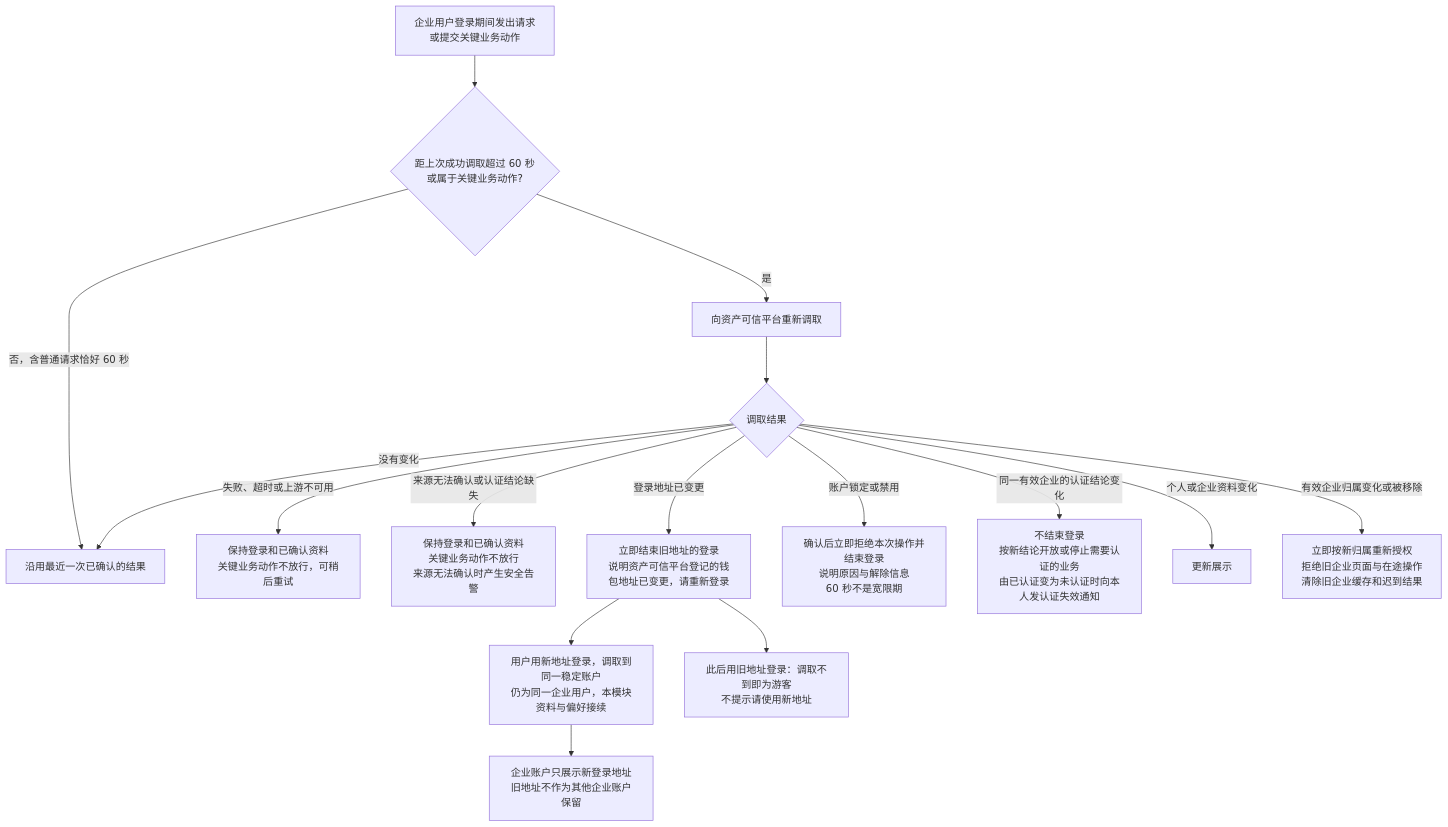
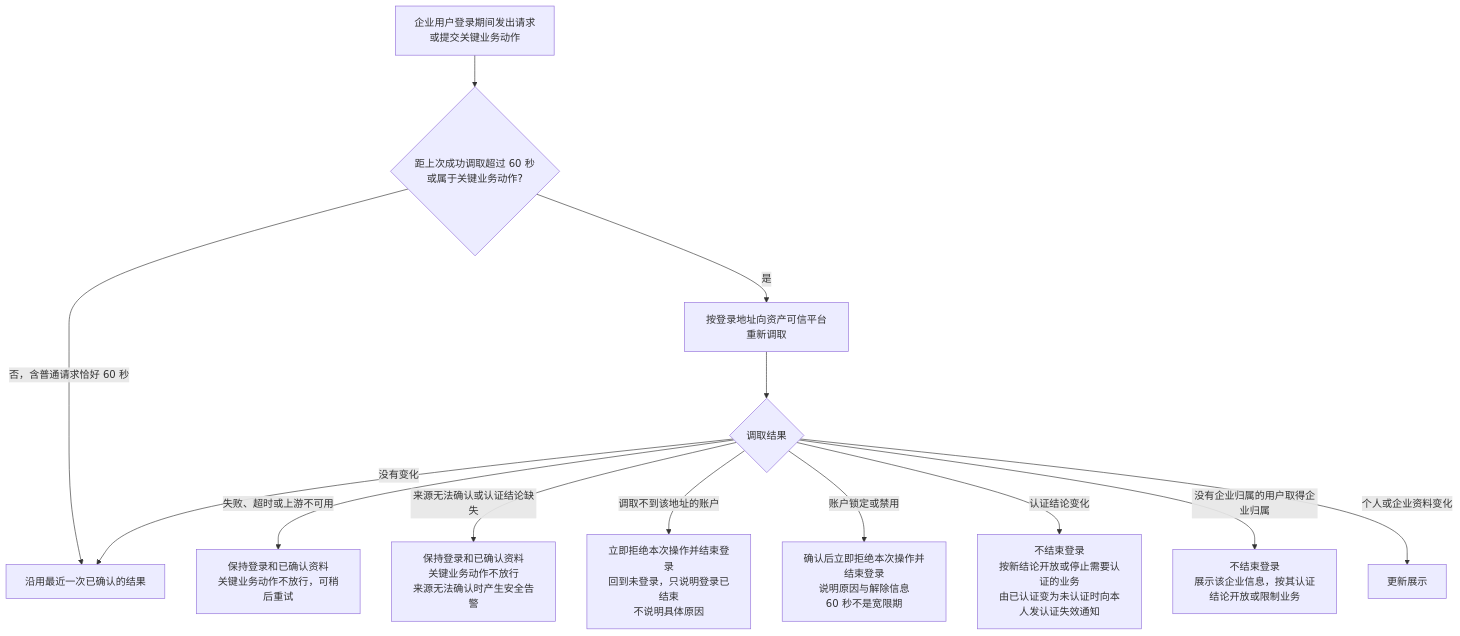
The third of 5 diagrams in token-issuance-platform/PRD/面客端/M1-企业登录与企业账户/02-企业登录与企业账户-流程图与状态机.md (wxblockchain/Chain-Financing), drawn with Mermaid before and after one commit. The commit also changed other lines of this file and 35 other files, not shown here.

````diff
--- a/token-issuance-platform/PRD/面客端/M1-企业登录与企业账户/02-企业登录与企业账户-流程图与状态机.md
+++ b/token-issuance-platform/PRD/面客端/M1-企业登录与企业账户/02-企业登录与企业账户-流程图与状态机.md
@@ -64,18 +67,15 @@
 ```mermaid
 flowchart TD
     A[企业用户登录期间发出请求<br/>或提交关键业务动作] --> B{距上次成功调取超过 60 秒<br/>或属于关键业务动作?}
     B -->|否，含普通请求恰好 60 秒| B1[沿用最近一次已确认的结果]
-    B -->|是| C[向资产可信平台重新调取]
+    B -->|是| C[按登录地址向资产可信平台重新调取]
     C --> D{调取结果}
     D -->|失败、超时或上游不可用| D1[保持登录和已确认资料<br/>关键业务动作不放行，可稍后重试]
     D -->|来源无法确认或认证结论缺失| D2[保持登录和已确认资料<br/>关键业务动作不放行<br/>来源无法确认时产生安全告警]
     D -->|没有变化| B1
-    D -->|登录地址已变更| E[立即结束旧地址的登录<br/>说明资产可信平台登记的钱包地址已变更，请重新登录]
+    D -->|调取不到该地址的账户| E[立即拒绝本次操作并结束登录<br/>回到未登录，只说明登录已结束<br/>不说明具体原因]
     D -->|账户锁定或禁用| F[确认后立即拒绝本次操作并结束登录<br/>说明原因与解除信息<br/>60 秒不是宽限期]
-    D -->|同一有效企业的认证结论变化| G[不结束登录<br/>按新结论开放或停止需要认证的业务<br/>由已认证变为未认证时向本人发认证失效通知]
+    D -->|认证结论变化| G[不结束登录<br/>按新结论开放或停止需要认证的业务<br/>由已认证变为未认证时向本人发认证失效通知]
+    D -->|没有企业归属的用户取得企业归属| H1[不结束登录<br/>展示该企业信息，按其认证结论开放或限制业务]
     D -->|个人或企业资料变化| H[更新展示]
-    D -->|有效企业归属变化或被移除| H1[立即按新归属重新授权<br/>拒绝旧企业页面与在途操作<br/>清除旧企业缓存和迟到结果]
-    E --> I[用户用新地址登录，调取到同一稳定账户<br/>仍为同一企业用户，本模块资料与偏好接续]
-    I --> J[企业账户只展示新登录地址<br/>旧地址不作为其他企业账户保留]
-    E --> N[此后用旧地址登录：调取不到即为游客<br/>不提示请使用新地址]
 ```
````
